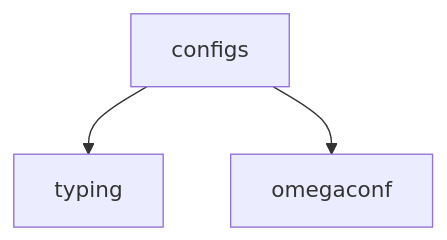
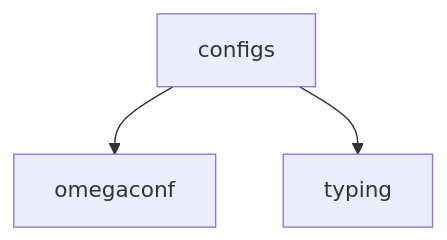
Before and after one commit to lgcorzo/mlops-python-package: the diagram in wiki/configs.md, drawn with Mermaid. The commit also changed other lines of this file and 31 other files, not shown here.

````diff
--- a/wiki/configs.md
+++ b/wiki/configs.md
@@ -16,5 +16,6 @@
 ```mermaid
 flowchart TD
+
+    configs --> omegaconf
     configs --> typing
-    configs --> omegaconf
 ```
````
